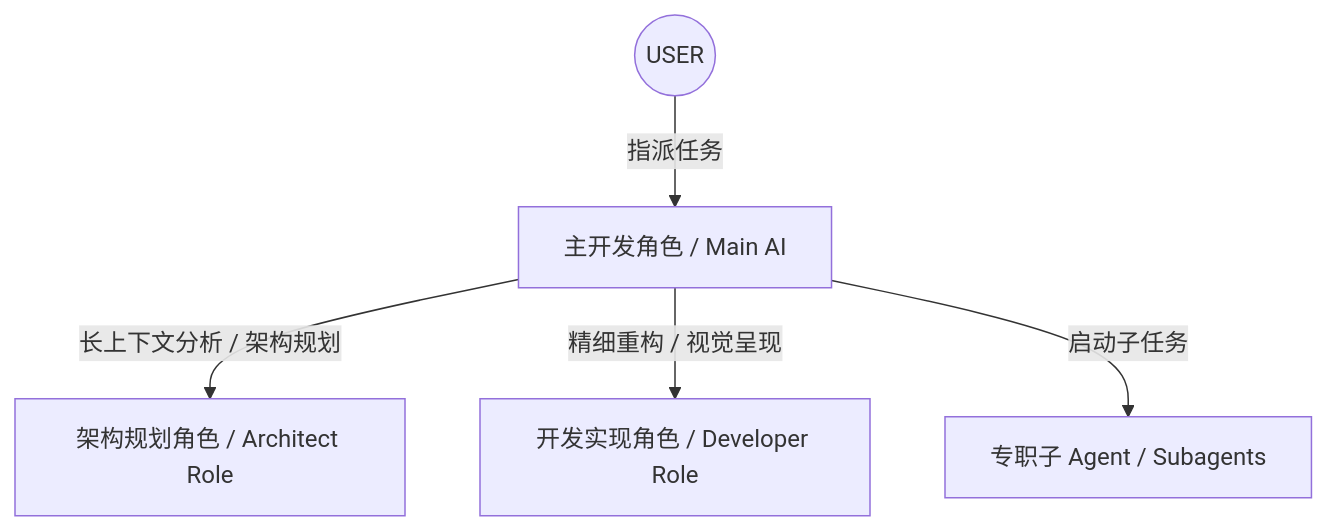
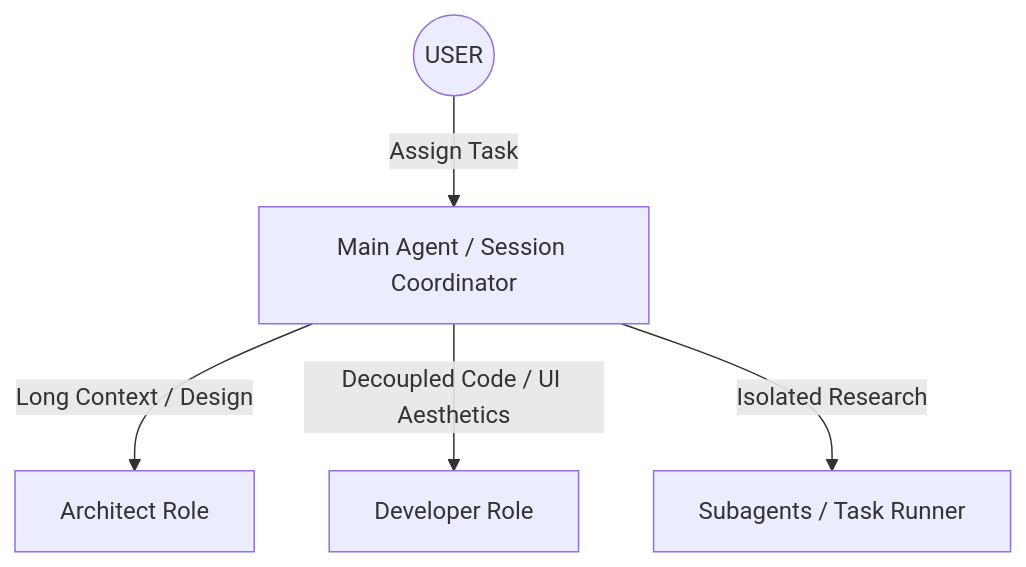
Before and after one commit to the-spira/project-iv: the diagram in AGENTS.md, drawn with Mermaid. The commit also changed other lines of this file and 7 other files, not shown here.

````diff
--- a/AGENTS.md
+++ b/AGENTS.md
@@ -11,7 +11,7 @@
 ```mermaid
 graph TD
-    User((USER)) -->|指派任务| MainRole[主开发角色 / Main AI]
-    MainRole -->|长上下文分析 / 架构规划| ArchitectRole[架构规划角色 / Architect Role]
-    MainRole -->|精细重构 / 视觉呈现| DeveloperRole[开发实现角色 / Developer Role]
-    MainRole -->|启动子任务| SubAgent[专职子 Agent / Subagents]
+    User((USER)) -->|Assign Task| MainRole[Main Agent / Session Coordinator]
+    MainRole -->|Long Context / Design| ArchitectRole[Architect Role]
+    MainRole -->|Decoupled Code / UI Aesthetics| DeveloperRole[Developer Role]
+    MainRole -->|Isolated Research| SubAgent[Subagents / Task Runner]
 ```
````
